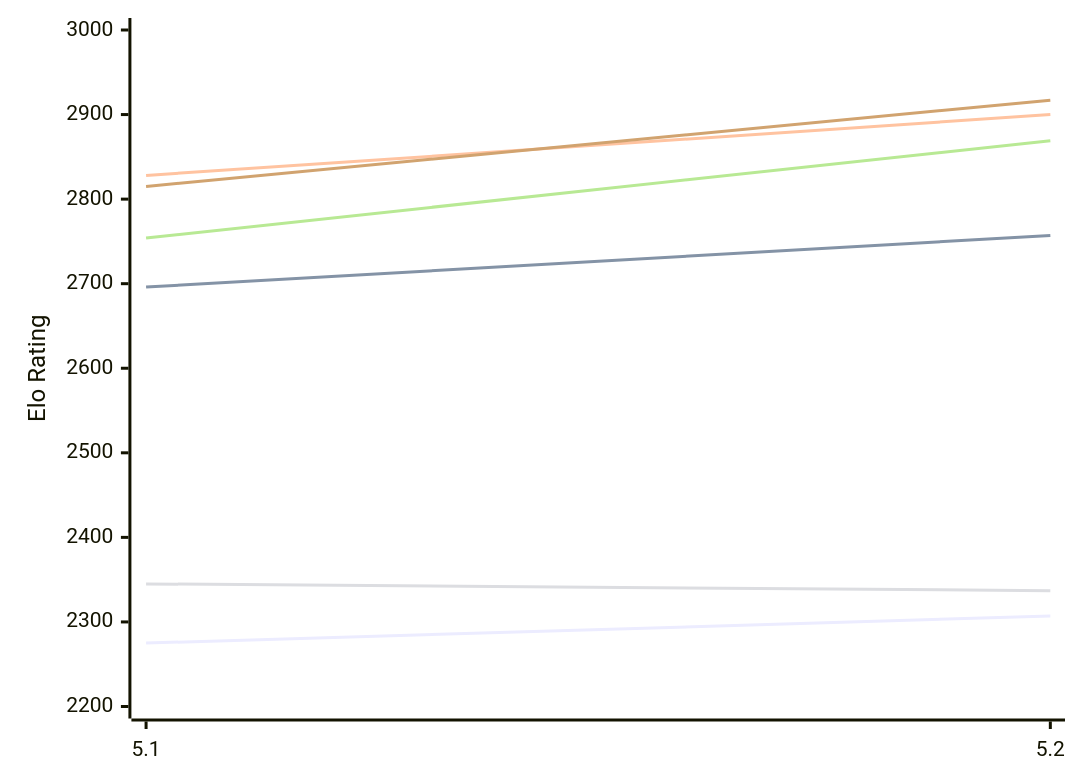
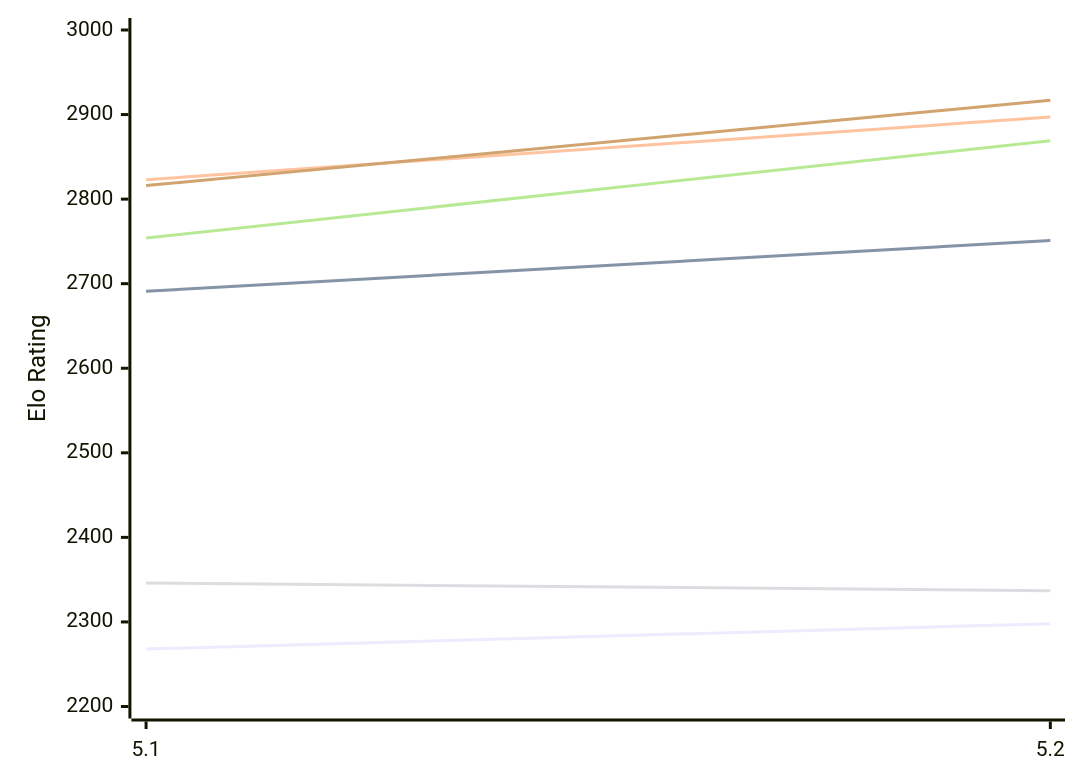
The first of 2 diagrams in engines/Dorky.md (computer-chess-index/cci), drawn with Mermaid before and after one commit. The commit also changed other lines of this file, not shown here.

Commit message:
Update CCI Ratings (ELO VLTC) - 2026-11-09

````diff
--- a/engines/Dorky.md
+++ b/engines/Dorky.md
@@ -50,12 +50,12 @@
 ```mermaid
 %%{init: {"theme":"base","themeVariables":{"seriesColors:['#a3a3a3','#222221','#faa371']}}}%%
 xychart-beta
   x-axis ["5.1", "5.2"]
   y-axis "Elo Rating" 2200 --> 3000
-  line "E1: STC (8.0+0.08s)" [2275, 2307]
-  line "E1: LTC (60.0+0.60s)" [2696, 2757]
-  line "E1: VLTC (2m24s+1.12s)" [2828, 2900]
-  line "P1: STC (8.0+0.08s)" [2345, 2337]
+  line "E1: STC (8.0+0.08s)" [2268, 2298]
+  line "E1: LTC (60.0+0.60s)" [2691, 2751]
+  line "E1: VLTC (2m24s+1.12s)" [2823, 2897]
+  line "P1: STC (8.0+0.08s)" [2346, 2337]
   line "P1: LTC (60.0+0.60s)" [2754, 2869]
-  line "P1: VLTC (2m24s+1.12s)" [2815, 2917]
+  line "P1: VLTC (2m24s+1.12s)" [2816, 2917]
 ```
````
